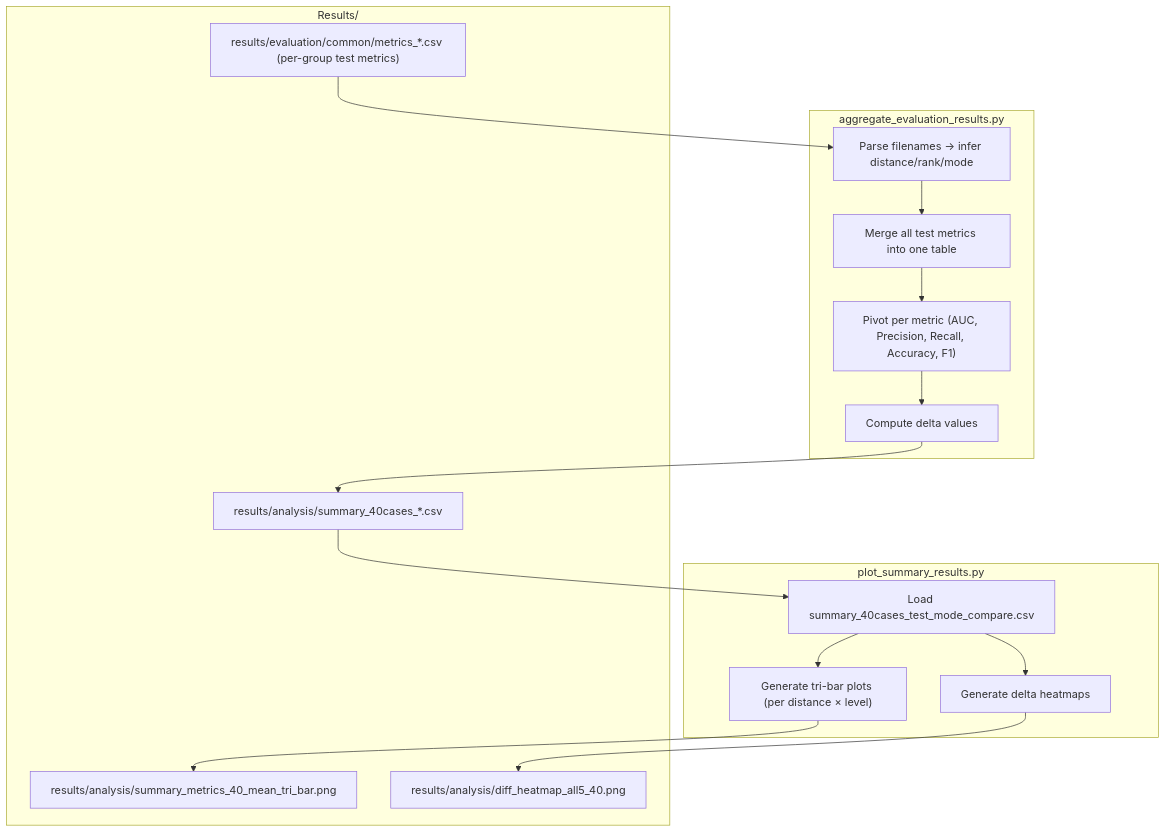
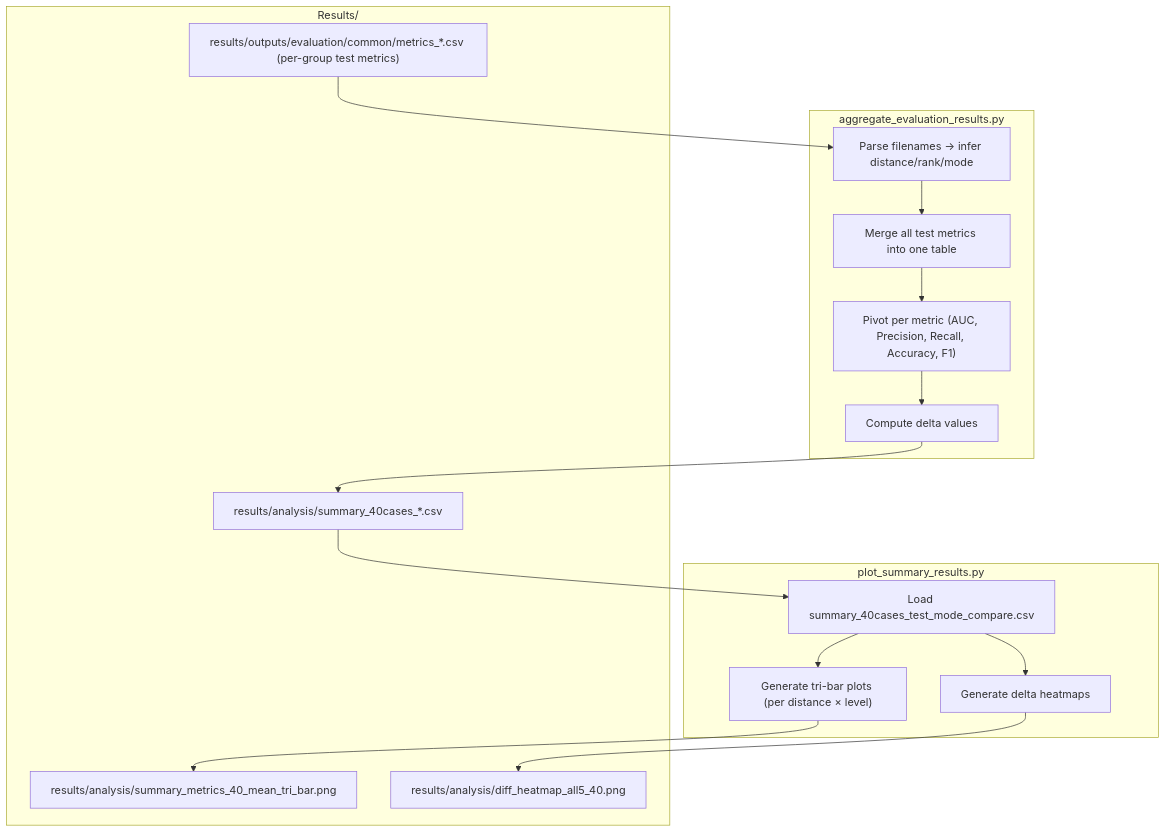
Before and after one commit to YutaroNakagama/vehicle_based_DDD_comparison: the seventh of 7 diagrams in docs/guide/developer_guide.md, drawn with Mermaid. The commit also changed other lines of this file and 12 other files, not shown here.

````diff
--- a/docs/guide/developer_guide.md
+++ b/docs/guide/developer_guide.md
@@ -462,30 +462,30 @@
 ```{mermaid}
 flowchart TB
 
 subgraph Step1["aggregate_evaluation_results.py"]
   B1["Parse filenames → infer distance/rank/mode"]
   B2["Merge all test metrics into one table"]
   B3["Pivot per metric (AUC, Precision, Recall, Accuracy, F1)"]
   B4["Compute delta values"]
 end
 
 subgraph Step2["plot_summary_results.py"]
   C1["Load summary_40cases_test_mode_compare.csv"]
   C2["Generate tri-bar plots (per distance × level)"]
   C3["Generate delta heatmaps"]
 end
 
 subgraph Output["Results/"]
-  A1["results/evaluation/common/metrics_*.csv (per-group test metrics)"]
+  A1["results/outputs/evaluation/common/metrics_*.csv (per-group test metrics)"]
   D1["results/analysis/summary_40cases_*.csv"]
   D2["results/analysis/summary_metrics_40_mean_tri_bar.png"]
   D3["results/analysis/diff_heatmap_all5_40.png"]
 end
 
 A1 --> B1 --> B2 --> B3 --> B4
 D1 --> C1
 C1 --> C2 & C3
 B4 --> D1
 C2 --> D2
 C3 --> D3
 ```
````
